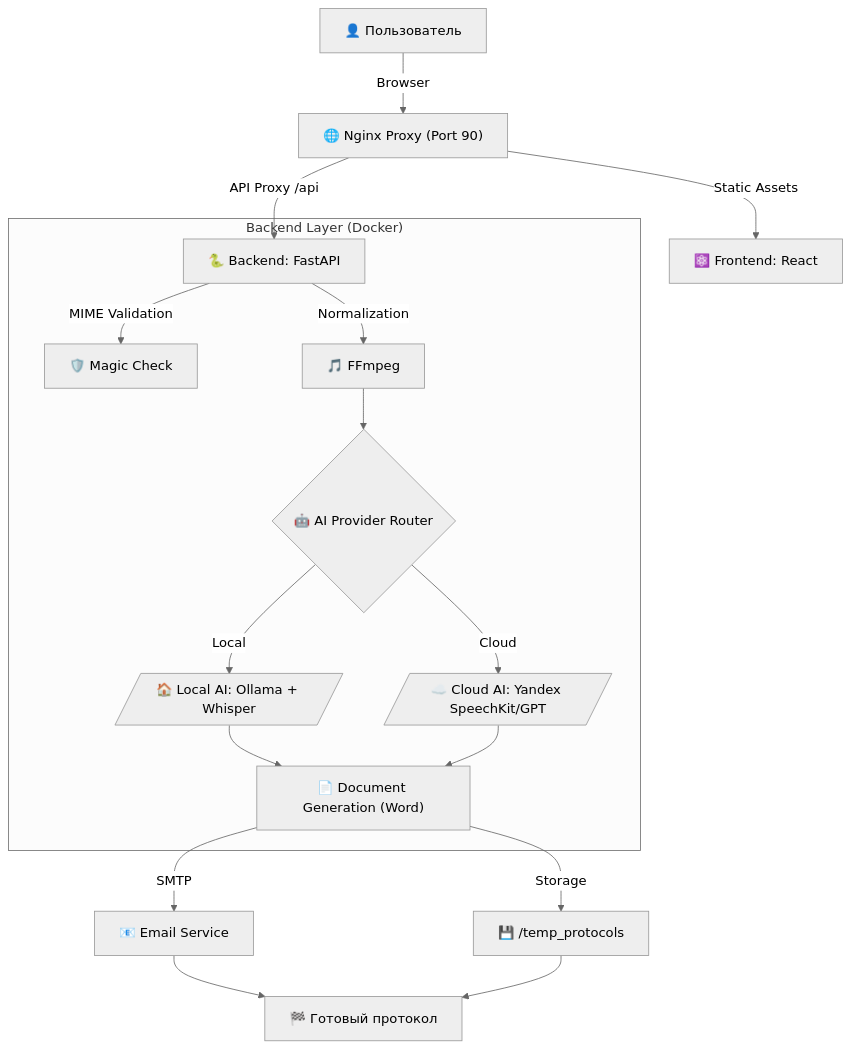
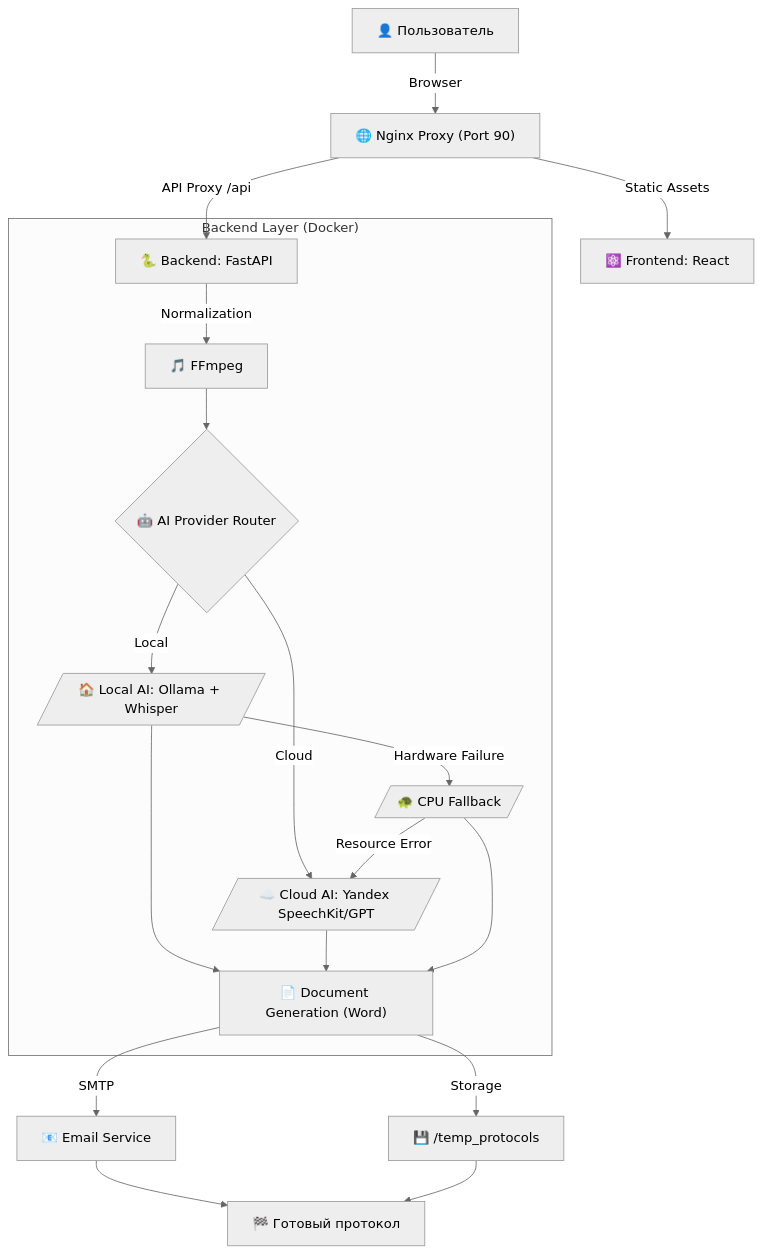
Before and after one commit to vsanyanov-ux/meeting-protocol-creator: the diagram in README.md, drawn with Mermaid (neutral theme). The commit also changed other lines of this file and 39 other files, not shown here.

Commit message:
Release 4.0.0: Enterprise-grade robustness, 3-tier hardware fallback, smart diarization, and LLM rebranding. Added Pilot Tracker and AI-Auditor 2.0.

````diff
--- a/README.md
+++ b/README.md
@@ -9,25 +10,28 @@
 ```mermaid
 graph TD
     User["👤 Пользователь"] -->|Browser| Proxy["🌐 Nginx Proxy (Port 90)"]
     Proxy -->|Static Assets| Frontend["⚛️ Frontend: React"]
     Proxy -->|"API Proxy /api"| Backend["🐍 Backend: FastAPI"]
     
     subgraph "Backend Layer (Docker)"
-        Backend -->|"MIME Validation"| Magic["🛡️ Magic Check"]
         Backend -->|Normalization| FFmpeg["🎵 FFmpeg"]
         
         FFmpeg --> AI_Router{"🤖 AI Provider Router"}
         
         AI_Router -->|Local| Local_AI[/"🏠 Local AI: Ollama + Whisper"/]
         AI_Router -->|Cloud| Cloud_AI[/"☁️ Cloud AI: Yandex SpeechKit/GPT"/]
         
+        Local_AI -->|Hardware Failure| Fallback_CPU[/"🐢 CPU Fallback"/]
+        Fallback_CPU -->|Resource Error| Cloud_AI
+        
         Local_AI --> Docx["📄 Document Generation (Word)"]
         Cloud_AI --> Docx
+        Fallback_CPU --> Docx
     end
     
     Docx -->|SMTP| Email["📧 Email Service"]
     Docx -->|Storage| Disk["💾 /temp_protocols"]
     
     Email --> Done["🏁 Готовый протокол"]
     Disk --> Done
 ```
````
